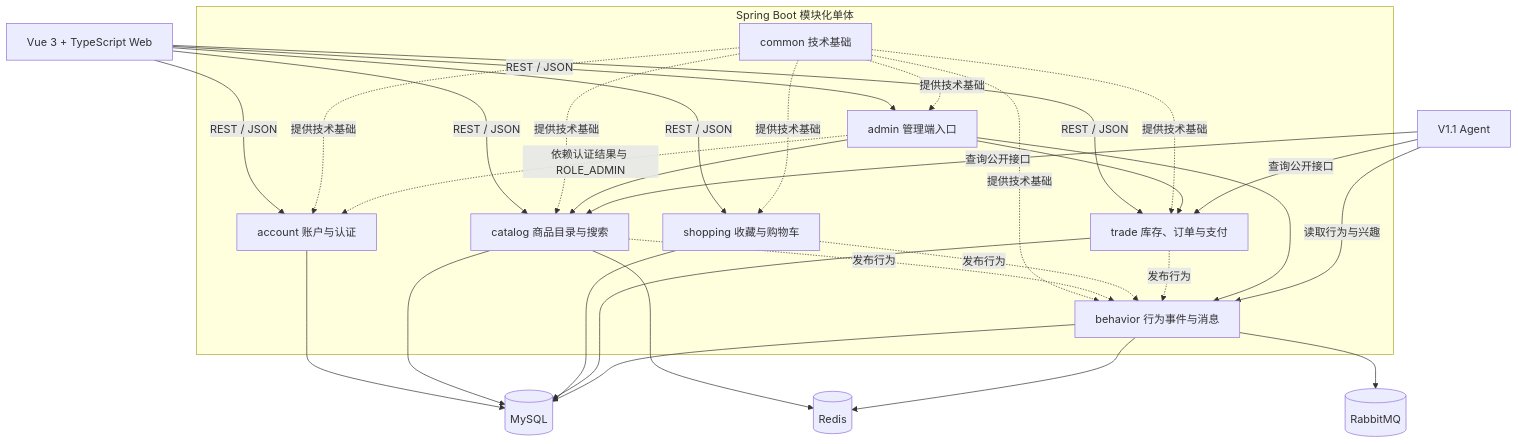
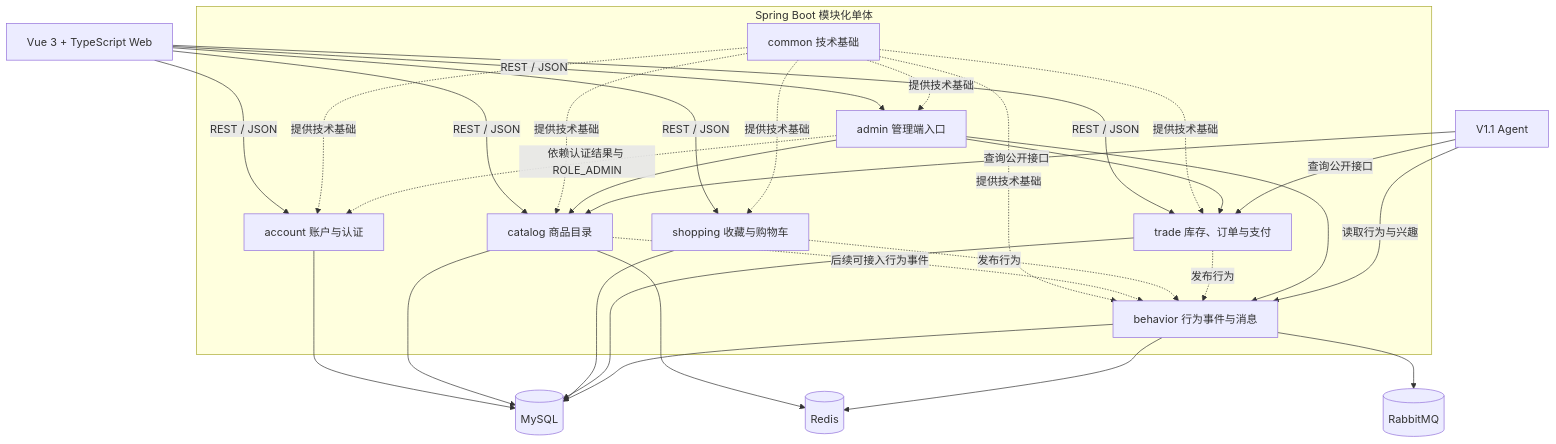
Before and after one commit to XMU-Linjer/persona-flow-commerce: the third of 15 diagrams in docs/v1.0-architecture.md, drawn with Mermaid. The commit also changed other lines of this file and 2 other files, not shown here.

````diff
--- a/docs/v1.0-architecture.md
+++ b/docs/v1.0-architecture.md
@@ -95,54 +95,54 @@
 ```mermaid
 flowchart TB
     Web[Vue 3 + TypeScript Web]
 
     subgraph Server[Spring Boot 模块化单体]
         Common[common 技术基础]
         Account[account 账户与认证]
-        Catalog[catalog 商品目录与搜索]
+        Catalog[catalog 商品目录]
         Shopping[shopping 收藏与购物车]
         Trade[trade 库存、订单与支付]
         Behavior[behavior 行为事件与消息]
         Admin[admin 管理端入口]
     end
 
     MySQL[(MySQL)]
     Redis[(Redis)]
     MQ[(RabbitMQ)]
     Agent[V1.1 Agent]
 
     Web -->|REST / JSON| Account
     Web -->|REST / JSON| Catalog
     Web -->|REST / JSON| Shopping
     Web -->|REST / JSON| Trade
     Web -->|REST / JSON| Admin
 
     Common -.提供技术基础.-> Account
     Common -.提供技术基础.-> Catalog
     Common -.提供技术基础.-> Shopping
     Common -.提供技术基础.-> Trade
     Common -.提供技术基础.-> Behavior
     Common -.提供技术基础.-> Admin
 
     Account --> MySQL
     Catalog --> MySQL
     Catalog --> Redis
     Shopping --> MySQL
     Trade --> MySQL
     Behavior --> MySQL
     Behavior --> Redis
     Behavior --> MQ
 
-    Catalog -.发布行为.-> Behavior
+    Catalog -.后续可接入行为事件.-> Behavior
     Shopping -.发布行为.-> Behavior
     Trade -.发布行为.-> Behavior
 
     Admin -.依赖认证结果与 ROLE_ADMIN.-> Account
     Admin --> Catalog
     Admin --> Trade
     Admin --> Behavior
 
     Agent -->|查询公开接口| Catalog
     Agent -->|查询公开接口| Trade
     Agent -->|读取行为与兴趣| Behavior
 ```
````
